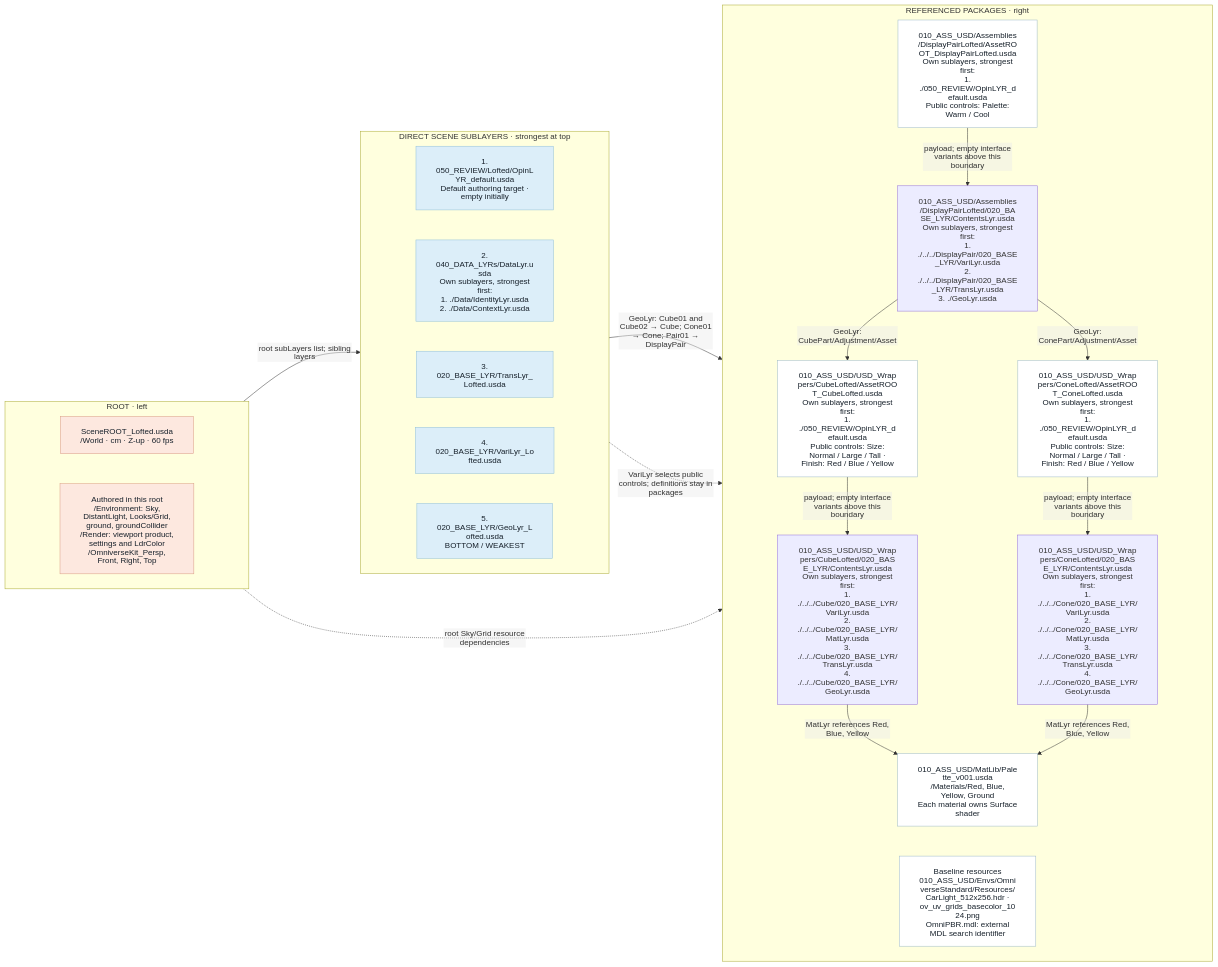
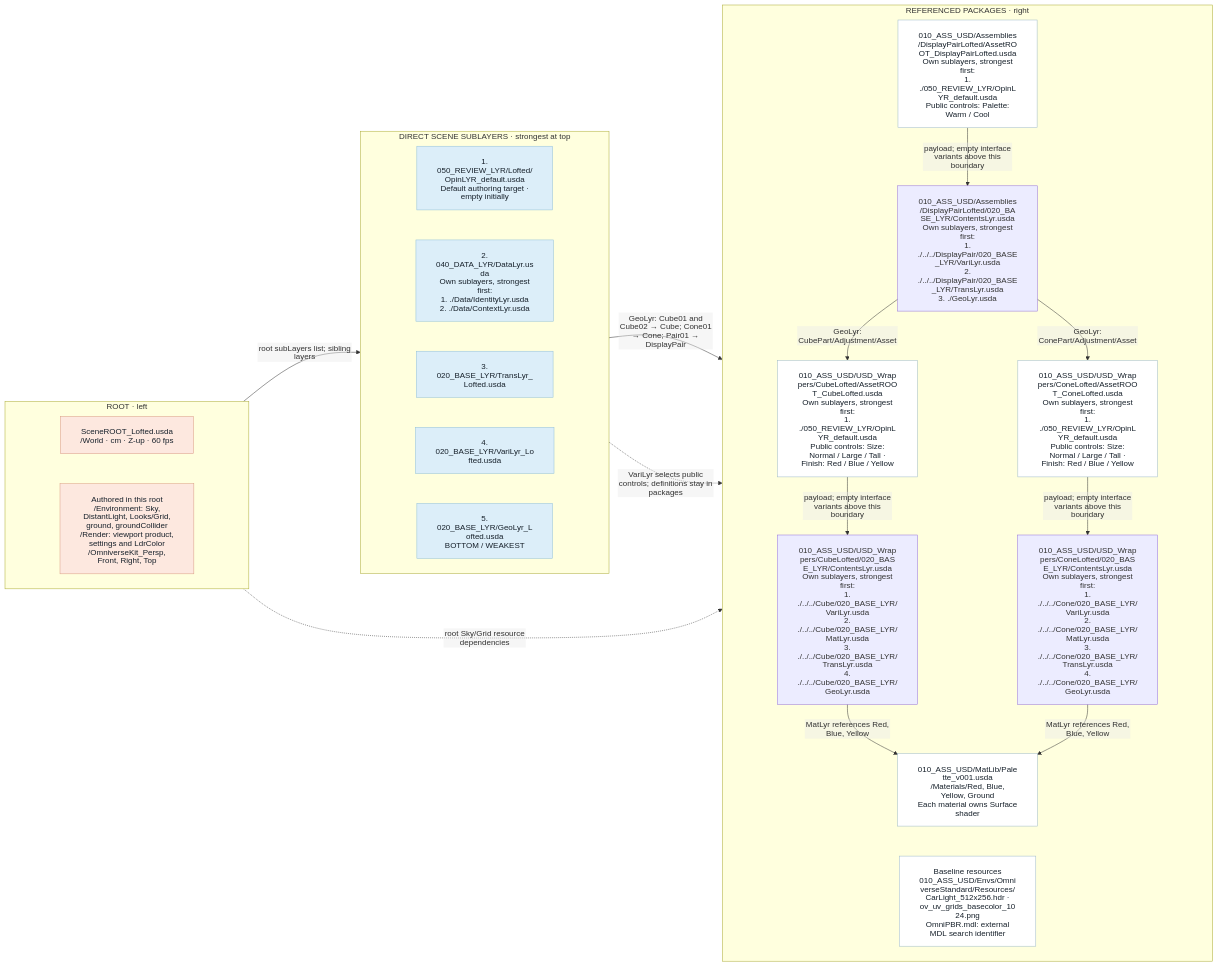
One commit to jph2/OpenUSD_GoodStart_CompositionContract changed the tenth of 15 diagrams in examples/01_LayeredScene/README.md. Above: the diagram before and after it, drawn with Mermaid. The commit also changed other lines of this file and 149 other files, not shown here.

````diff
--- a/examples/01_LayeredScene/README.md
+++ b/examples/01_LayeredScene/README.md
@@ -893,51 +849,51 @@
 ```mermaid
 %%{init: {"htmlLabels": false, "themeVariables": {"fontFamily": "Arial, sans-serif"}, "flowchart": {"htmlLabels": false, "padding": 20, "nodeSpacing": 200, "rankSpacing": 35, "diagramPadding": 20}}}%%
 flowchart LR
     subgraph ENTRY["ROOT · left"]
         direction TB
         R["SceneROOT_Lofted.usda<br/>/World · cm · Z-up · 60 fps"]
         B["Authored in this root<br/>/Environment: Sky, DistantLight, Looks/Grid, ground, groundCollider<br/>/Render: viewport product, settings and LdrColor<br/>/OmniverseKit_Persp, Front, Right, Top"]
         R ~~~ B
     end
     subgraph STACK["DIRECT SCENE SUBLAYERS · strongest at top"]
         direction TB
-        L0["1. 050_REVIEW/Lofted/OpinLYR_default.usda<br/>Default authoring target · empty initially"]
-        L1["2. 040_DATA_LYRs/DataLyr.usda<br/>Own sublayers, strongest first:<br/>1. ./Data/IdentityLyr.usda<br/>2. ./Data/ContextLyr.usda"]
+        L0["1. 050_REVIEW_LYR/Lofted/OpinLYR_default.usda<br/>Default authoring target · empty initially"]
+        L1["2. 040_DATA_LYR/DataLyr.usda<br/>Own sublayers, strongest first:<br/>1. ./Data/IdentityLyr.usda<br/>2. ./Data/ContextLyr.usda"]
         L0 ~~~ L1
         L2["3. 020_BASE_LYR/TransLyr_Lofted.usda"]
         L1 ~~~ L2
         L3["4. 020_BASE_LYR/VariLyr_Lofted.usda"]
         L2 ~~~ L3
         L4["5. 020_BASE_LYR/GeoLyr_Lofted.usda<br/>BOTTOM / WEAKEST"]
         L3 ~~~ L4
     end
     subgraph SOURCES["REFERENCED PACKAGES · right"]
         direction TB
-        PAIR["010_ASS_USD/Assemblies/DisplayPairLofted/AssetROOT_DisplayPairLofted.usda<br/>Own sublayers, strongest first:<br/>1. ./050_REVIEW/OpinLYR_default.usda<br/>Public controls: Palette: Warm / Cool"]
+        PAIR["010_ASS_USD/Assemblies/DisplayPairLofted/AssetROOT_DisplayPairLofted.usda<br/>Own sublayers, strongest first:<br/>1. ./050_REVIEW_LYR/OpinLYR_default.usda<br/>Public controls: Palette: Warm / Cool"]
         PAIRC["010_ASS_USD/Assemblies/DisplayPairLofted/020_BASE_LYR/ContentsLyr.usda<br/>Own sublayers, strongest first:<br/>1. ./../../DisplayPair/020_BASE_LYR/VariLyr.usda<br/>2. ./../../DisplayPair/020_BASE_LYR/TransLyr.usda<br/>3. ./GeoLyr.usda"]
         PAIR -->|"payload; empty interface variants above this boundary"| PAIRC
-        CUBE["010_ASS_USD/USD_Wrappers/CubeLofted/AssetROOT_CubeLofted.usda<br/>Own sublayers, strongest first:<br/>1. ./050_REVIEW/OpinLYR_default.usda<br/>Public controls: Size: Normal / Large / Tall · Finish: Red / Blue / Yellow"]
+        CUBE["010_ASS_USD/USD_Wrappers/CubeLofted/AssetROOT_CubeLofted.usda<br/>Own sublayers, strongest first:<br/>1. ./050_REVIEW_LYR/OpinLYR_default.usda<br/>Public controls: Size: Normal / Large / Tall · Finish: Red / Blue / Yellow"]
         CUBEC["010_ASS_USD/USD_Wrappers/CubeLofted/020_BASE_LYR/ContentsLyr.usda<br/>Own sublayers, strongest first:<br/>1. ./../../Cube/020_BASE_LYR/VariLyr.usda<br/>2. ./../../Cube/020_BASE_LYR/MatLyr.usda<br/>3. ./../../Cube/020_BASE_LYR/TransLyr.usda<br/>4. ./../../Cube/020_BASE_LYR/GeoLyr.usda"]
         CUBE -->|"payload; empty interface variants above this boundary"| CUBEC
-        CONE["010_ASS_USD/USD_Wrappers/ConeLofted/AssetROOT_ConeLofted.usda<br/>Own sublayers, strongest first:<br/>1. ./050_REVIEW/OpinLYR_default.usda<br/>Public controls: Size: Normal / Large / Tall · Finish: Red / Blue / Yellow"]
+        CONE["010_ASS_USD/USD_Wrappers/ConeLofted/AssetROOT_ConeLofted.usda<br/>Own sublayers, strongest first:<br/>1. ./050_REVIEW_LYR/OpinLYR_default.usda<br/>Public controls: Size: Normal / Large / Tall · Finish: Red / Blue / Yellow"]
         CONEC["010_ASS_USD/USD_Wrappers/ConeLofted/020_BASE_LYR/ContentsLyr.usda<br/>Own sublayers, strongest first:<br/>1. ./../../Cone/020_BASE_LYR/VariLyr.usda<br/>2. ./../../Cone/020_BASE_LYR/MatLyr.usda<br/>3. ./../../Cone/020_BASE_LYR/TransLyr.usda<br/>4. ./../../Cone/020_BASE_LYR/GeoLyr.usda"]
         CONE -->|"payload; empty interface variants above this boundary"| CONEC
         MAT["010_ASS_USD/MatLib/Palette_v001.usda<br/>/Materials/Red, Blue, Yellow, Ground<br/>Each material owns Surface shader"]
         RES["Baseline resources<br/>010_ASS_USD/Envs/OmniverseStandard/Resources/<br/>CarLight_512x256.hdr · ov_uv_grids_basecolor_1024.png<br/>OmniPBR.mdl: external MDL search identifier"]
         PAIRC -->|"GeoLyr: CubePart/Adjustment/Asset"| CUBE
         PAIRC -->|"GeoLyr: ConePart/Adjustment/Asset"| CONE
         CUBEC -->|"MatLyr references Red, Blue, Yellow"| MAT
         CONEC -->|"MatLyr references Red, Blue, Yellow"| MAT
         MAT ~~~ RES
     end
     ENTRY -->|"root subLayers list; sibling layers"| STACK
     STACK -->|"GeoLyr: Cube01 and Cube02 → Cube; Cone01 → Cone; Pair01 → DisplayPair"| SOURCES
     STACK -.->|"VariLyr selects public controls; definitions stay in packages"| SOURCES
     ENTRY -.->|"root Sky/Grid resource dependencies"| SOURCES
     classDef ccRoot fill:#fde8df,stroke:#d99b84,color:#17212b
     classDef layer fill:#dceef9,stroke:#91bfd8,color:#17212b
     classDef asset fill:#ffffff,stroke:#9db9c8,color:#17212b
     class R,B ccRoot
     class L0,L1,L2,L3,L4 layer
     class PAIR,CUBE,CONE,MAT,RES asset
 ```
````
